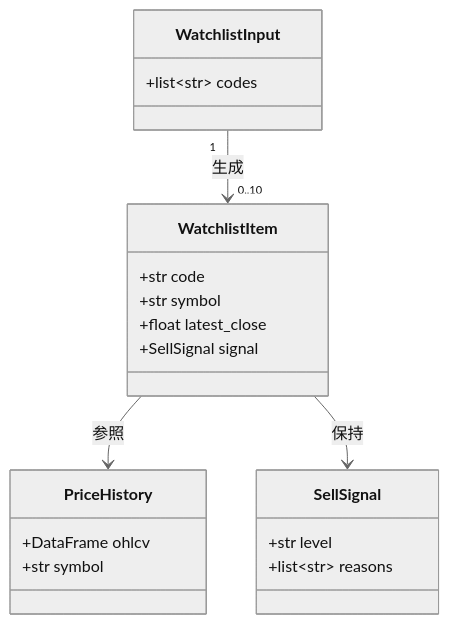
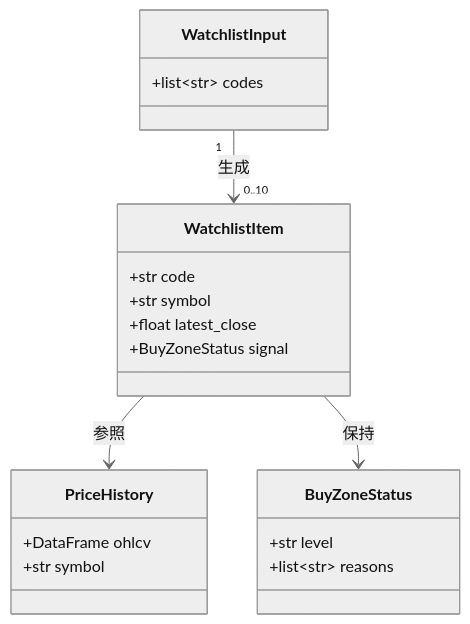
One commit to git-san-934/stock-investing changed the second of 4 diagrams in docs/functional-design.md. Above: the diagram before and after it, drawn with Mermaid (neutral theme). The commit also changed other lines of this file and 7 other files, not shown here.

````diff
--- a/docs/functional-design.md
+++ b/docs/functional-design.md
@@ -29,23 +29,23 @@
 ```mermaid
 classDiagram
     class WatchlistInput {
         +list~str~ codes
     }
     class PriceHistory {
         +DataFrame ohlcv
         +str symbol
     }
-    class SellSignal {
+    class BuyZoneStatus {
         +str level
         +list~str~ reasons
     }
     class WatchlistItem {
         +str code
         +str symbol
         +float latest_close
-        +SellSignal signal
+        +BuyZoneStatus signal
     }
     WatchlistInput "1" --> "0..10" WatchlistItem : 生成
     WatchlistItem --> PriceHistory : 参照
-    WatchlistItem --> SellSignal : 保持
+    WatchlistItem --> BuyZoneStatus : 保持
 ```
````
